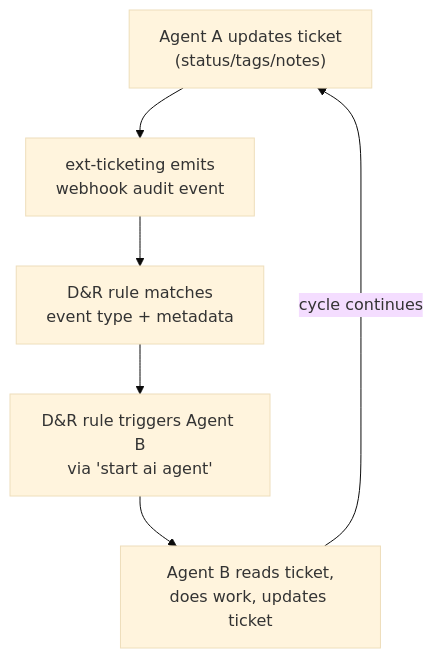
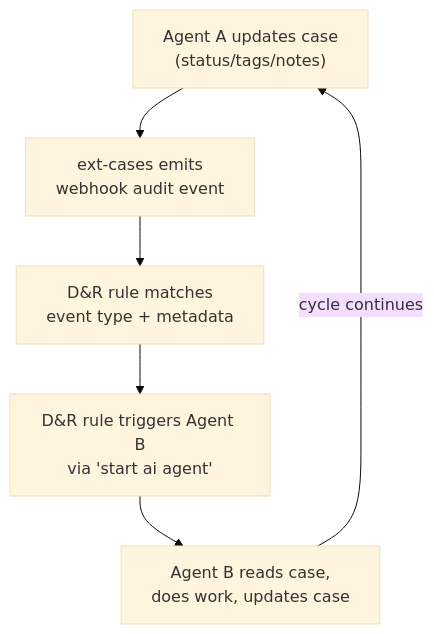
Before and after one commit to refractionPOINT/lc-ai: the diagram in lc-soc/README.md, drawn with Mermaid (base theme). The commit also changed other lines of this file and 74 other files, not shown here.

First line of the commit message:
Rename ticket→case in AI agent configs

````diff
--- a/lc-soc/README.md
+++ b/lc-soc/README.md
@@ -11,8 +11,8 @@
 ```mermaid
 flowchart TD
-    A["Agent A updates ticket<br/>(status/tags/notes)"] --> B["ext-ticketing emits<br/>webhook audit event"]
+    A["Agent A updates case<br/>(status/tags/notes)"] --> B["ext-cases emits<br/>webhook audit event"]
     B --> C["D&R rule matches<br/>event type + metadata"]
     C --> D["D&R rule triggers Agent B<br/>via 'start ai agent'"]
-    D --> E["Agent B reads ticket,<br/>does work, updates ticket"]
+    D --> E["Agent B reads case,<br/>does work, updates case"]
     E -->|"cycle continues"| A
 ```
````
